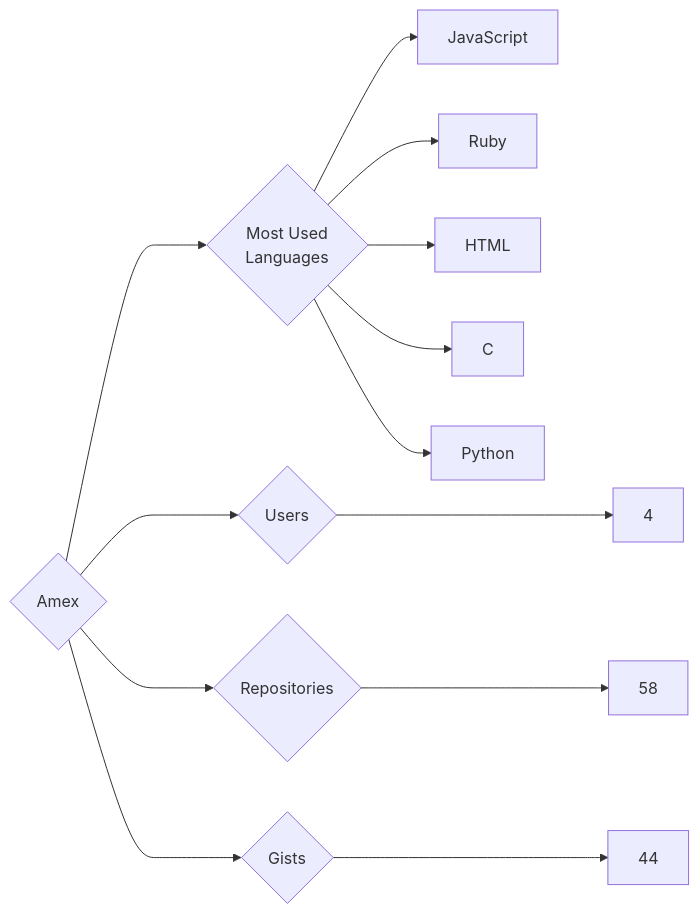
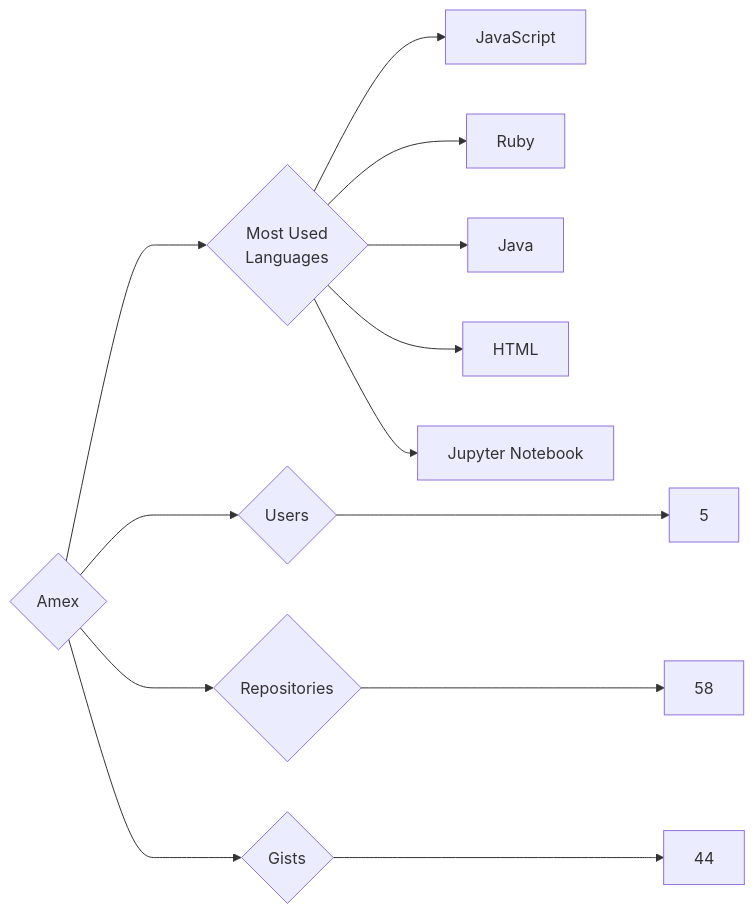
Before and after one commit to trickest/insiders: the diagram in targets/Amex/README.md, drawn with Mermaid. The commit also changed 993 other files, not shown here.

````diff
--- a/targets/Amex/README.md
+++ b/targets/Amex/README.md
@@ -3,13 +3,13 @@
 ```mermaid
 graph LR
 COMPANY_NAME{Amex}
-COMPANY_NAME ---> U{Users} ---> UN[4]
+COMPANY_NAME ---> U{Users} ---> UN[5]
 COMPANY_NAME ---> R{Repositories} ---> RN[58]
 COMPANY_NAME ---> G{Gists} ---> GN[44]
 COMPANY_NAME ---> ML{Most Used<br>Languages}
 ML --> JavaScript[JavaScript]
 ML --> Ruby[Ruby]
+ML --> Java[Java]
 ML --> HTML[HTML]
-ML --> C[C]
-ML --> Python[Python]
+ML --> Jupyter_Notebook[Jupyter Notebook]
 ```
````
